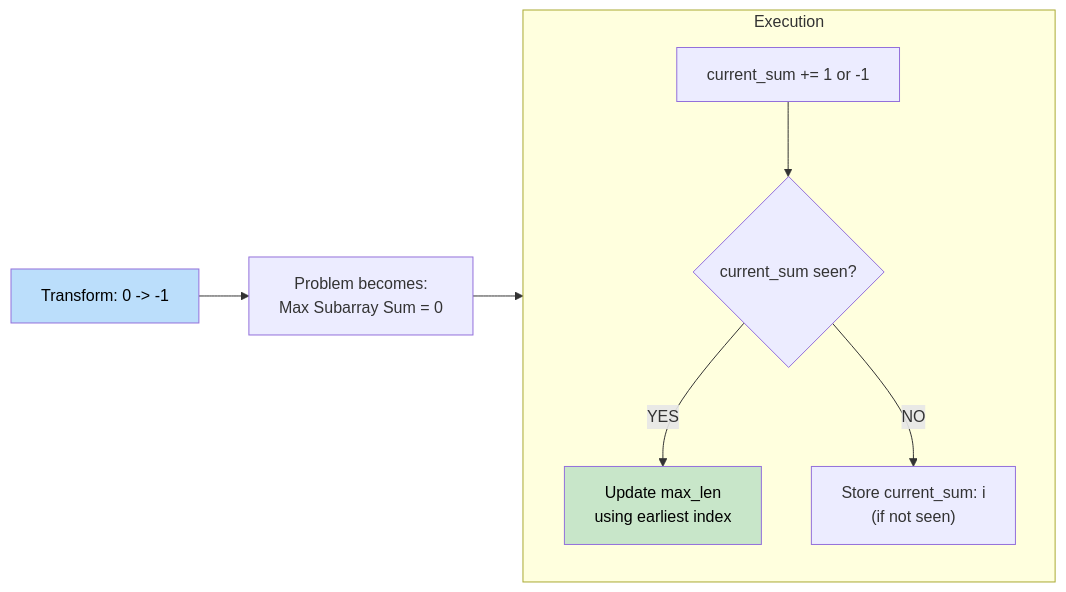
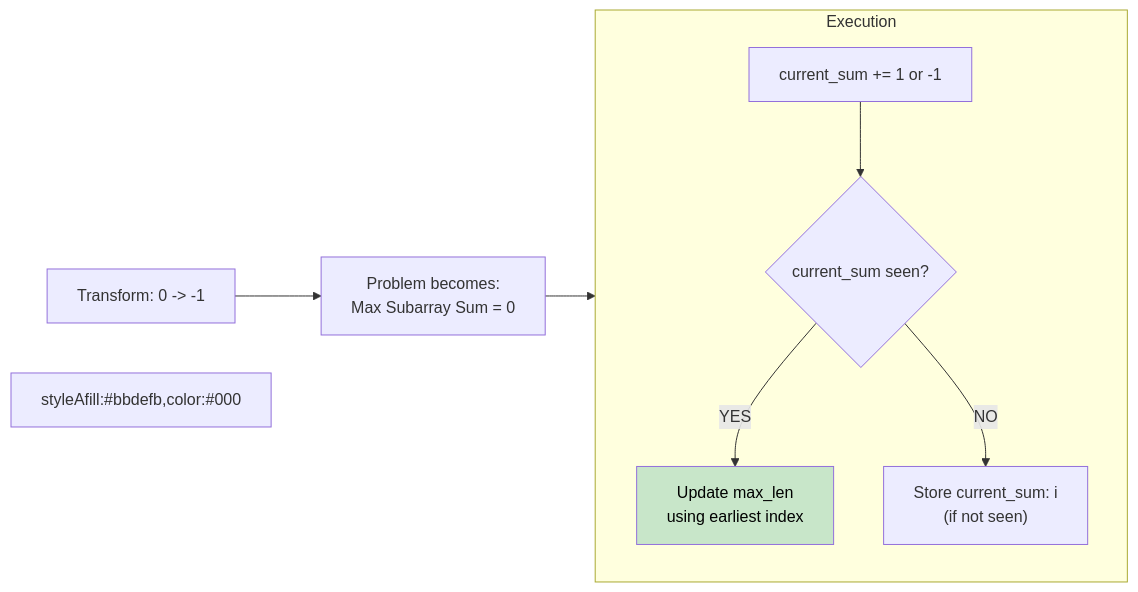
One commit to vadde/DSA changed the diagram in 30 - Prefix Sum/problem_03_contiguous_array_walkthrough.md. Above: the diagram before and after it, drawn with Mermaid. The commit also changed 245 other files, not shown here.

First line of the commit message:
fix: Forensic fix of all Mermaid rendering issues across entire DSA repo + add pre-commit validation infrastructure

````diff
--- a/30 - Prefix Sum/problem_03_contiguous_array_walkthrough.md
+++ b/30 - Prefix Sum/problem_03_contiguous_array_walkthrough.md
@@ -35,19 +35,19 @@
 ```mermaid
 flowchart LR
     A["Transform: 0 -> -1"] --> B["Problem becomes:\nMax Subarray Sum = 0"]
     
     subgraph Execution
         C["current_sum += 1 or -1"]
         D{"current_sum seen?"}
         E["Update max_len\nusing earliest index"]
         F["Store current_sum: i\n(if not seen)"]
         
         C --> D
-        D -->|YES| E
+D -->|YES| E
         D -->|NO| F
     end
-    B --> Execution
-    
-    style A fill:#bbdefb,color:#000
+B --> Execution
+
+styleAfill:#bbdefb,color:#000
     style E fill:#c8e6c9,color:#000
 ```
````
